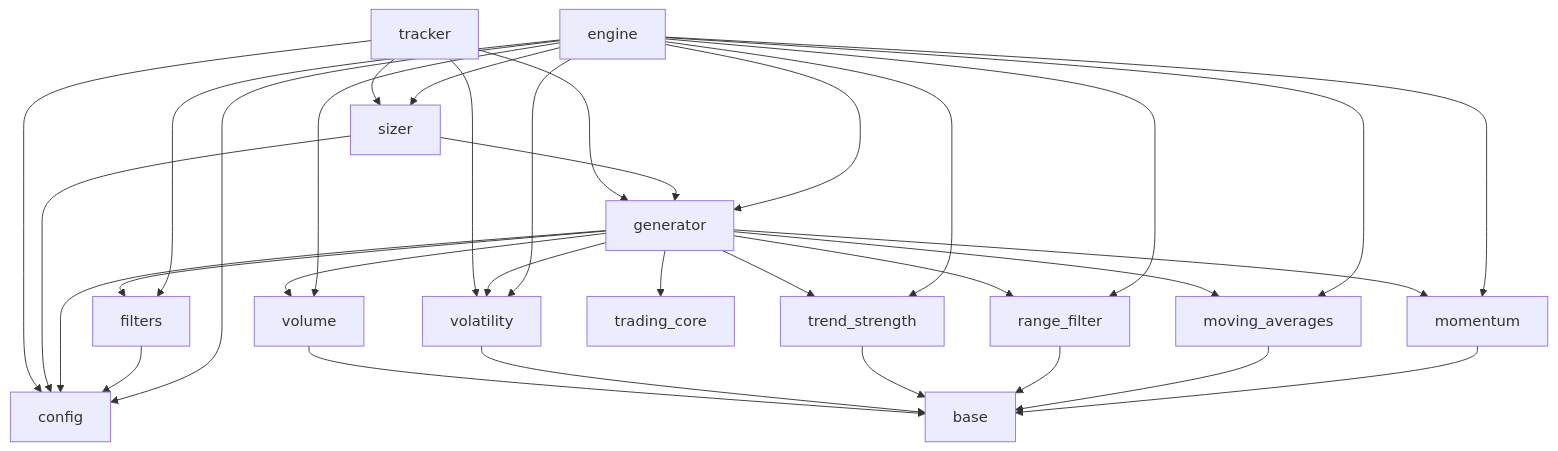
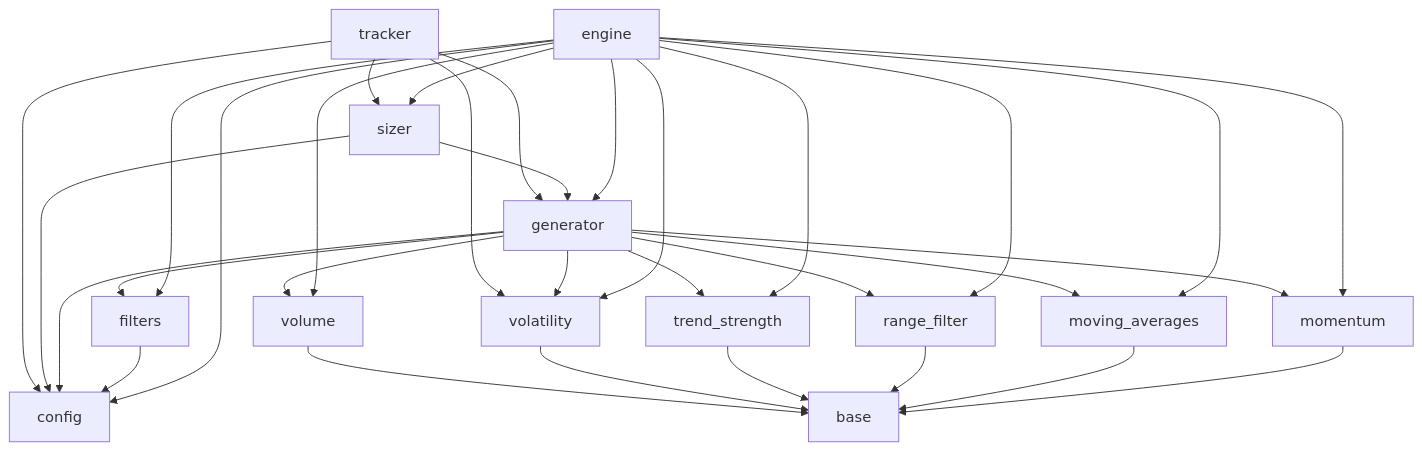
The second of 2 diagrams in PROJECT_CONTEXT.md (ukk77/trend_following), drawn with Mermaid before and after one commit. The commit also changed other lines of this file and 1 other file, not shown here.

First line of the commit message:
Replaced inline strength saturation with trading_core.signal_strength.saturate utility

````diff
--- a/PROJECT_CONTEXT.md
+++ b/PROJECT_CONTEXT.md
@@ -262,35 +262,34 @@
 ```mermaid
 graph TD
     engine --> config
     engine --> filters
     engine --> generator
     engine --> momentum
     engine --> moving_averages
     engine --> range_filter
     engine --> sizer
     engine --> trend_strength
     engine --> volatility
     engine --> volume
     filters --> config
     generator --> config
     generator --> filters
     generator --> momentum
     generator --> moving_averages
     generator --> range_filter
     generator --> trend_strength
     generator --> volatility
-    generator --> regime_params[trading_core]
     generator --> volume
     momentum --> base
     moving_averages --> base
     range_filter --> base
     sizer --> config
     sizer --> generator
     tracker --> config
     tracker --> generator
     tracker --> sizer
     tracker --> volatility
     trend_strength --> base
     volatility --> base
     volume --> base
 ```
````
